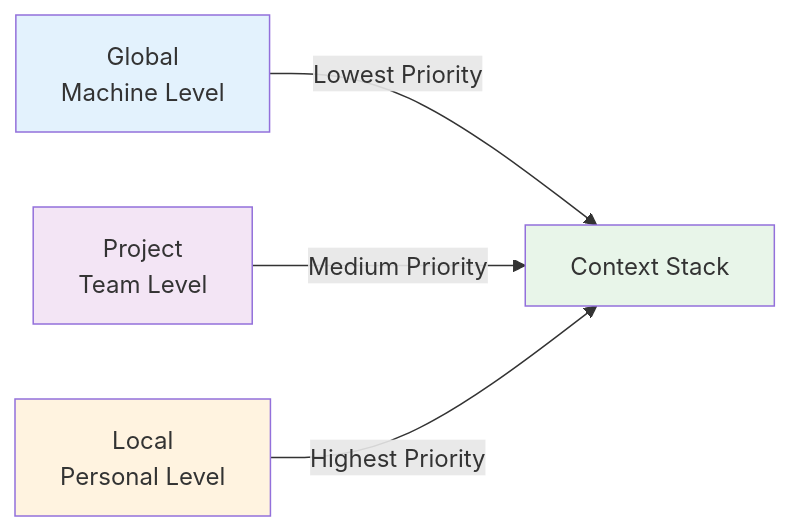
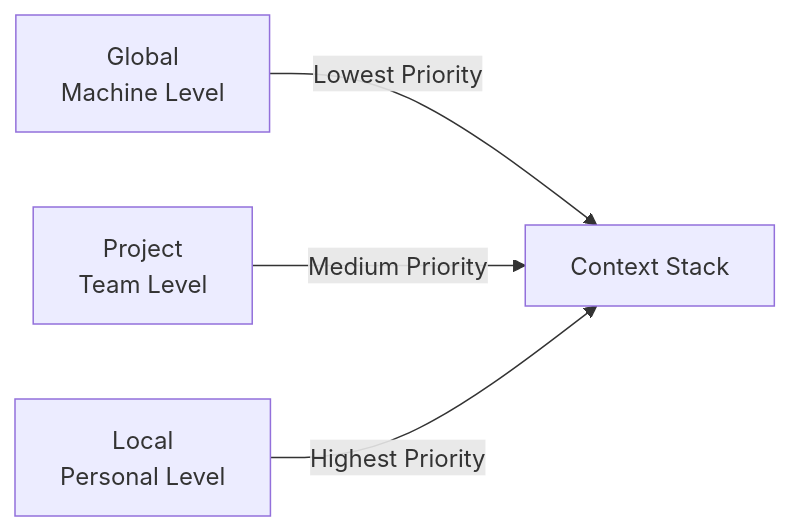
The fifth of 16 diagrams in docs/01_Claude-Code-in-Action.md (CagriCatik/claude-ollama-coder), drawn with Mermaid before and after one commit. The commit also changed other lines of this file and 16 other files, not shown here.

````diff
--- a/docs/01_Claude-Code-in-Action.md
+++ b/docs/01_Claude-Code-in-Action.md
@@ -170,11 +161,7 @@
 ```mermaid
 graph LR
     A["Global<br/>Machine Level"] -->|Lowest Priority| D["Context Stack"]
     B["Project<br/>Team Level"] -->|Medium Priority| D
     C["Local<br/>Personal Level"] -->|Highest Priority| D
     
-    style A fill:#e3f2fd
-    style B fill:#f3e5f5
-    style C fill:#fff3e0
-    style D fill:#e8f5e9
 ```
````
